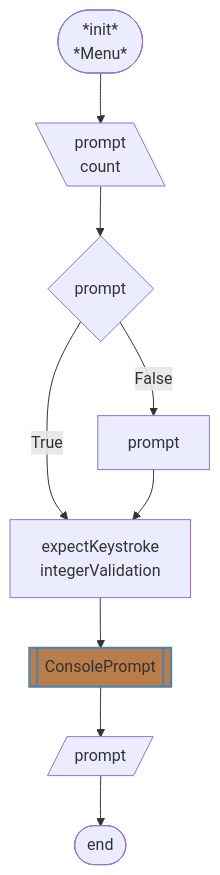
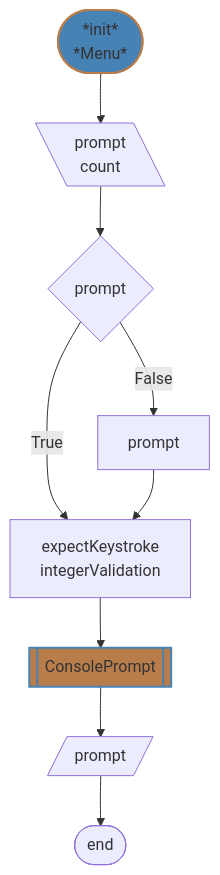
One commit to 7s4e/p3 changed the third of 4 diagrams in scripts/menu/design.md. Above: the diagram before and after it, drawn with Mermaid. The commit also changed other lines of this file, not shown here.

````diff
--- a/scripts/menu/design.md
+++ b/scripts/menu/design.md
@@ -95,23 +95,24 @@
 ```mermaid
 flowchart
+    classDef this fill:#4682b4,stroke:#b97d4b,stroke-width:2px
     classDef that fill:#b97d4b,stroke:#4682b4,stroke-width:2px
     MNYU([*init*
-          *Menu*])
+          *Menu*]):::this
         MNYU --> GPCT
     GPCT[\prompt
           count\]
         GPCT --> IFPT
     IFPT{prompt}
         IFPT -- True  --> EKIV
         IFPT -- False --> SPMT
     SPMT[prompt]
         SPMT --> EKIV
     EKIV[expectKeystroke
          integerValidation]
         EKIV --> CONP
     CONP[[ConsolePrompt]]:::that
         CONP --> SLFP
     SLFP[/prompt/]
         SLFP --> THEE
     THEE([end])
 ```
````
